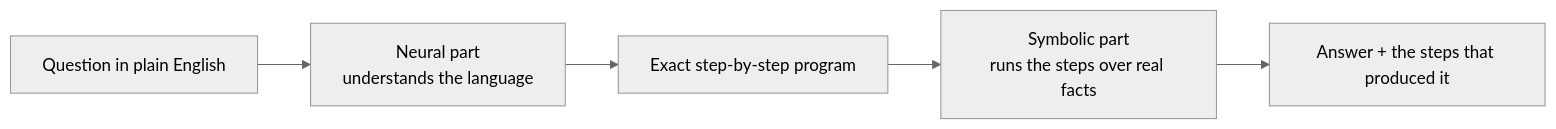
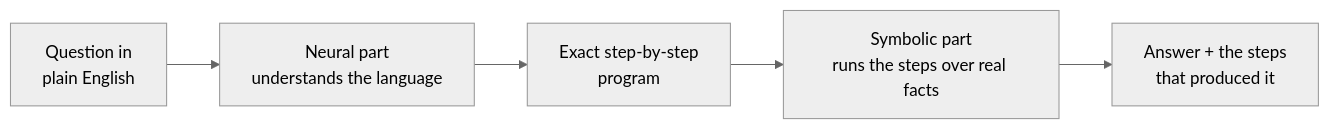
One commit to KalWardin-Dronzer/Neuro-Symbolic_reasoning changed the first of 5 diagrams in docs/01-problem-explained.md. Above: the diagram before and after it, drawn with Mermaid (neutral theme). The commit also changed other lines of this file and 1 other file, not shown here.

````diff
--- a/docs/01-problem-explained.md
+++ b/docs/01-problem-explained.md
@@ -12,7 +14,7 @@
 ```mermaid
 flowchart LR
-    Q["Question in plain English"] --> N["Neural part<br/>understands the language"]
-    N --> P["Exact step-by-step program"]
+    Q["Question in<br/>plain English"] --> N["Neural part<br/>understands the language"]
+    N --> P["Exact step-by-step<br/>program"]
     P --> S["Symbolic part<br/>runs the steps over real facts"]
-    S --> A["Answer + the steps that produced it"]
+    S --> A["Answer + the steps<br/>that produced it"]
 ```
````
